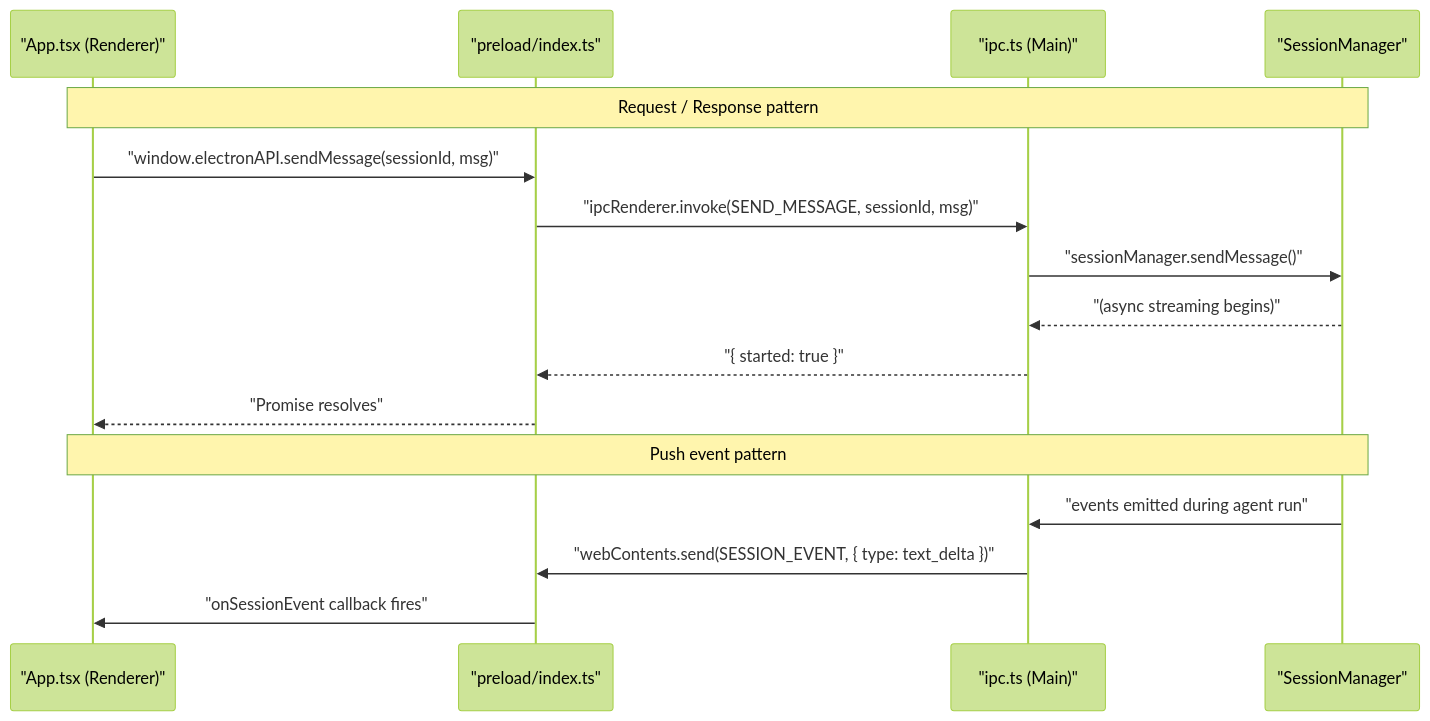
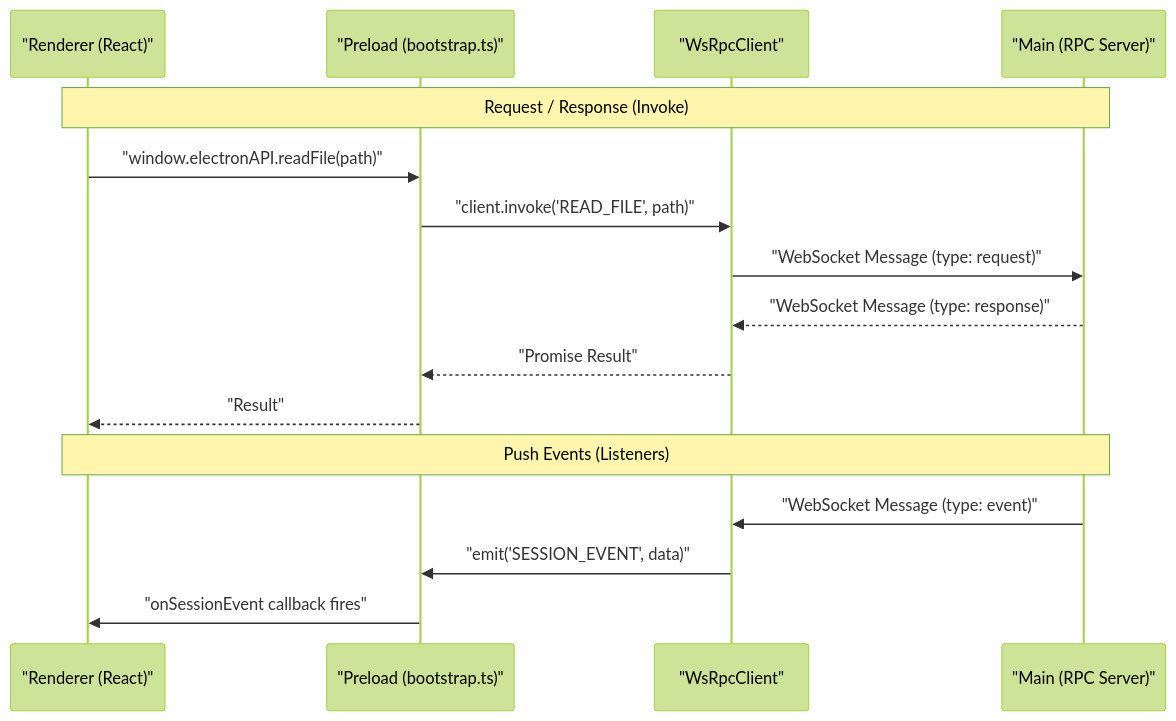
The second of 3 diagrams in docs/lukilabs_craft-agents-oss/architecture/electron-application-architecture.md (blackcater/zentree), drawn with Mermaid (forest theme) before and after one commit. The commit also changed other lines of this file and 232 other files, not shown here.

````diff
--- a/docs/lukilabs_craft-agents-oss/architecture/electron-application-architecture.md
+++ b/docs/lukilabs_craft-agents-oss/architecture/electron-application-architecture.md
@@ -136,20 +123,20 @@
 ```mermaid
 sequenceDiagram
-  participant R as "App.tsx (Renderer)"
-  participant P as "preload/index.ts"
-  participant M as "ipc.ts (Main)"
-  participant SM as "SessionManager"
+  participant R as "Renderer (React)"
+  participant P as "Preload (bootstrap.ts)"
+  participant C as "WsRpcClient"
+  participant M as "Main (RPC Server)"
 
-  Note over R,SM: Request / Response pattern
-  R->>P: "window.electronAPI.sendMessage(sessionId, msg)"
-  P->>M: "ipcRenderer.invoke(SEND_MESSAGE, sessionId, msg)"
-  M->>SM: "sessionManager.sendMessage()"
-  SM-->>M: "(async streaming begins)"
-  M-->>P: "{ started: true }"
-  P-->>R: "Promise resolves"
+  Note over R,M: Request / Response (Invoke)
+  R->>P: "window.electronAPI.readFile(path)"
+  P->>C: "client.invoke('READ_FILE', path)"
+  C->>M: "WebSocket Message (type: request)"
+  M-->>C: "WebSocket Message (type: response)"
+  C-->>P: "Promise Result"
+  P-->>R: "Result"
 
-  Note over R,SM: Push event pattern
-  SM->>M: "events emitted during agent run"
-  M->>P: "webContents.send(SESSION_EVENT, { type: text_delta })"
+  Note over R,M: Push Events (Listeners)
+  M->>C: "WebSocket Message (type: event)"
+  C->>P: "emit('SESSION_EVENT', data)"
   P->>R: "onSessionEvent callback fires"
 ```
````
